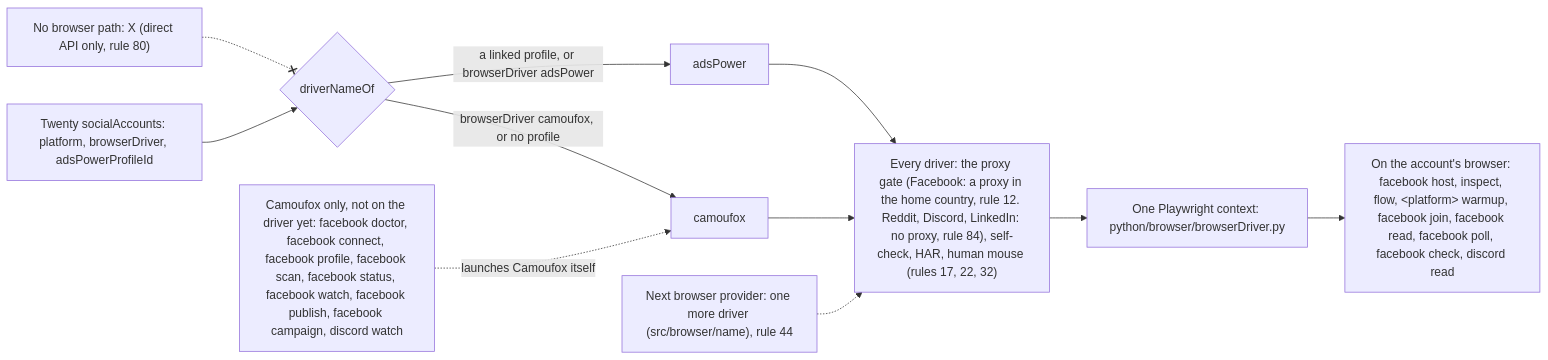
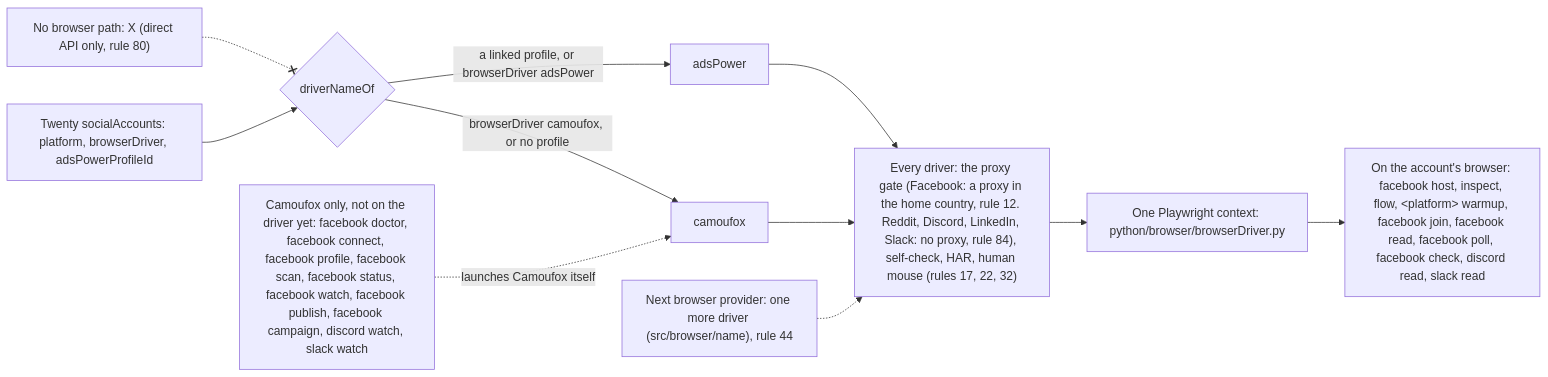
One commit to matthewdonsemail-lab/log changed the diagram in docs/diagrams/browsers.mmd. Above: the diagram before and after it, drawn with Mermaid. The commit also changed 180 other files, not shown here.

First line of the commit message:
feat: Slack platform on gabriel-slack, collab maxxing use case, Discord delete, rules 122-124

```diff
--- a/docs/diagrams/browsers.mmd
+++ b/docs/diagrams/browsers.mmd
@@ -1,19 +1,19 @@
 %% The browser layer. log-cli is browser-agnostic: each account's browser is a driver picked from Twenty, AdsPower first, and every driver opens through the same gates. Whether the gate needs a proxy is the platform's (`PLATFORM_SITES`). From `BROWSER_DRIVERS` (`src/browser/driver`) and `commandBrowser` (`src/browser/run`).
 %% Written by `bun run docs:build` from the code (rule 56). Not edited by hand.
 flowchart LR
   twenty["Twenty socialAccounts: platform, browserDriver, adsPowerProfileId"]
   pick{"driverNameOf"}
-  gates["Every driver: the proxy gate (Facebook: a proxy in the home country, rule 12. Reddit, Discord, LinkedIn: no proxy, rule 84), self-check, HAR, human mouse (rules 17, 22, 32)"]
+  gates["Every driver: the proxy gate (Facebook: a proxy in the home country, rule 12. Reddit, Discord, LinkedIn, Slack: no proxy, rule 84), self-check, HAR, human mouse (rules 17, 22, 32)"]
   session["One Playwright context: python/browser/browserDriver.py"]
   twenty --> pick
   pick -->|"browserDriver camoufox, or no profile"| d_camoufox["camoufox"]
   pick -->|"a linked profile, or browserDriver adsPower"| d_adsPower["adsPower"]
   d_camoufox --> gates
   d_adsPower --> gates
   more["Next browser provider: one more driver (src/browser/name), rule 44"] -.-> gates
   gates --> session
-  account["On the account's browser: facebook host, inspect, flow, #lt;platform#gt; warmup, facebook join, facebook read, facebook poll, facebook check, discord read"]
-  camoufox["Camoufox only, not on the driver yet: facebook doctor, facebook connect, facebook profile, facebook scan, facebook status, facebook watch, facebook publish, facebook campaign, discord watch"]
+  account["On the account's browser: facebook host, inspect, flow, #lt;platform#gt; warmup, facebook join, facebook read, facebook poll, facebook check, discord read, slack read"]
+  camoufox["Camoufox only, not on the driver yet: facebook doctor, facebook connect, facebook profile, facebook scan, facebook status, facebook watch, facebook publish, facebook campaign, discord watch, slack watch"]
   session --> account
   camoufox -.->|"launches Camoufox itself"| d_camoufox
   nobrowser["No browser path: X (direct API only, rule 80)"] -.-x pick
```
